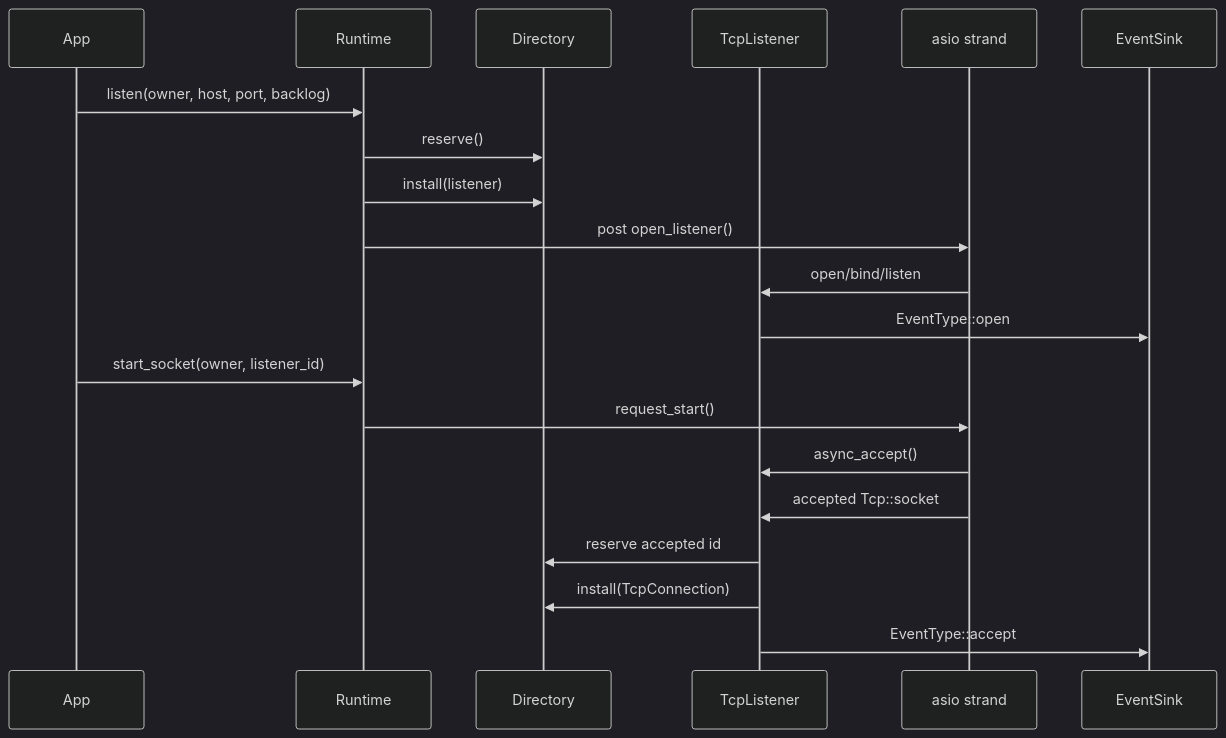
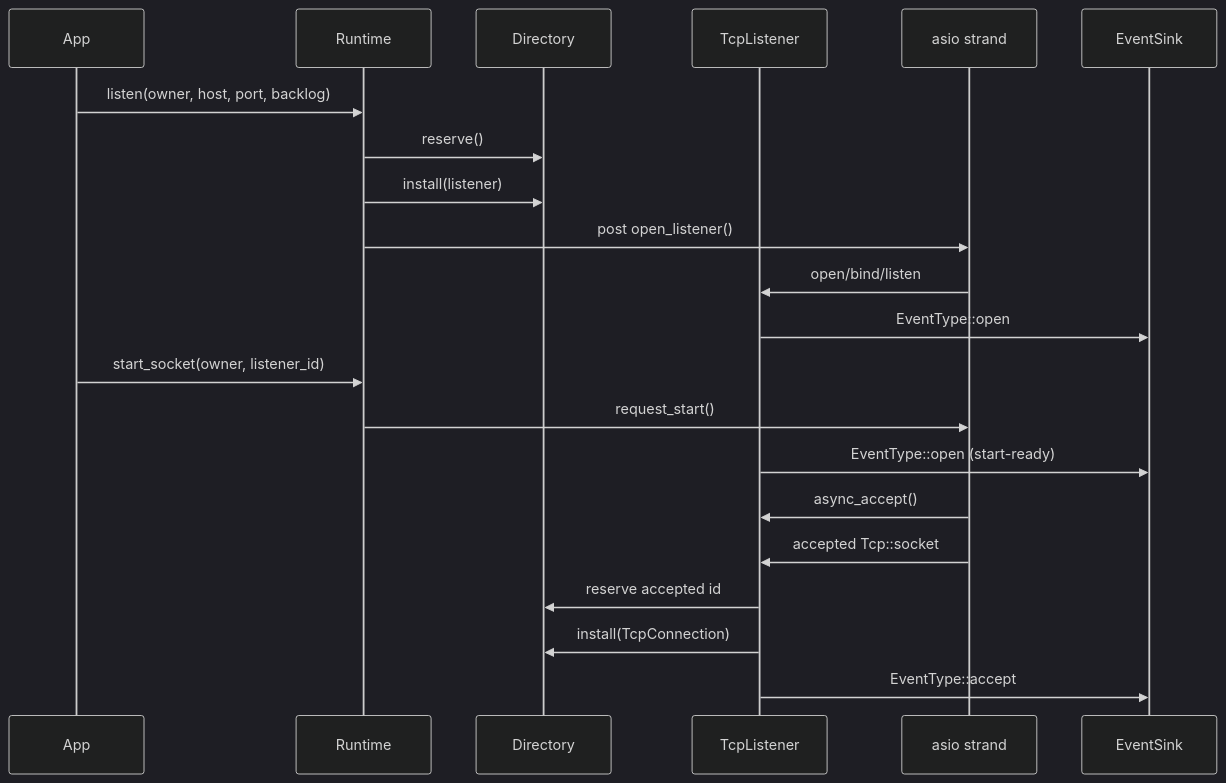
One commit to sym191/skynet-pvzg changed the third of 5 diagrams in docs/network-architecture.md. Above: the diagram before and after it, drawn with Mermaid (dark theme). The commit also changed other lines of this file and 33 other files, not shown here.

````diff
--- a/docs/network-architecture.md
+++ b/docs/network-architecture.md
@@ -84,23 +85,24 @@
 ```mermaid
 sequenceDiagram
     participant App
     participant Runtime
     participant Directory
     participant Listener as TcpListener
     participant IO as asio strand
     participant Sink as EventSink
 
     App->>Runtime: listen(owner, host, port, backlog)
     Runtime->>Directory: reserve()
     Runtime->>Directory: install(listener)
     Runtime->>IO: post open_listener()
     IO->>Listener: open/bind/listen
     Listener->>Sink: EventType::open
     App->>Runtime: start_socket(owner, listener_id)
     Runtime->>IO: request_start()
+    Listener->>Sink: EventType::open (start-ready)
     IO->>Listener: async_accept()
     IO->>Listener: accepted Tcp::socket
     Listener->>Directory: reserve accepted id
     Listener->>Directory: install(TcpConnection)
     Listener->>Sink: EventType::accept
 ```
````
